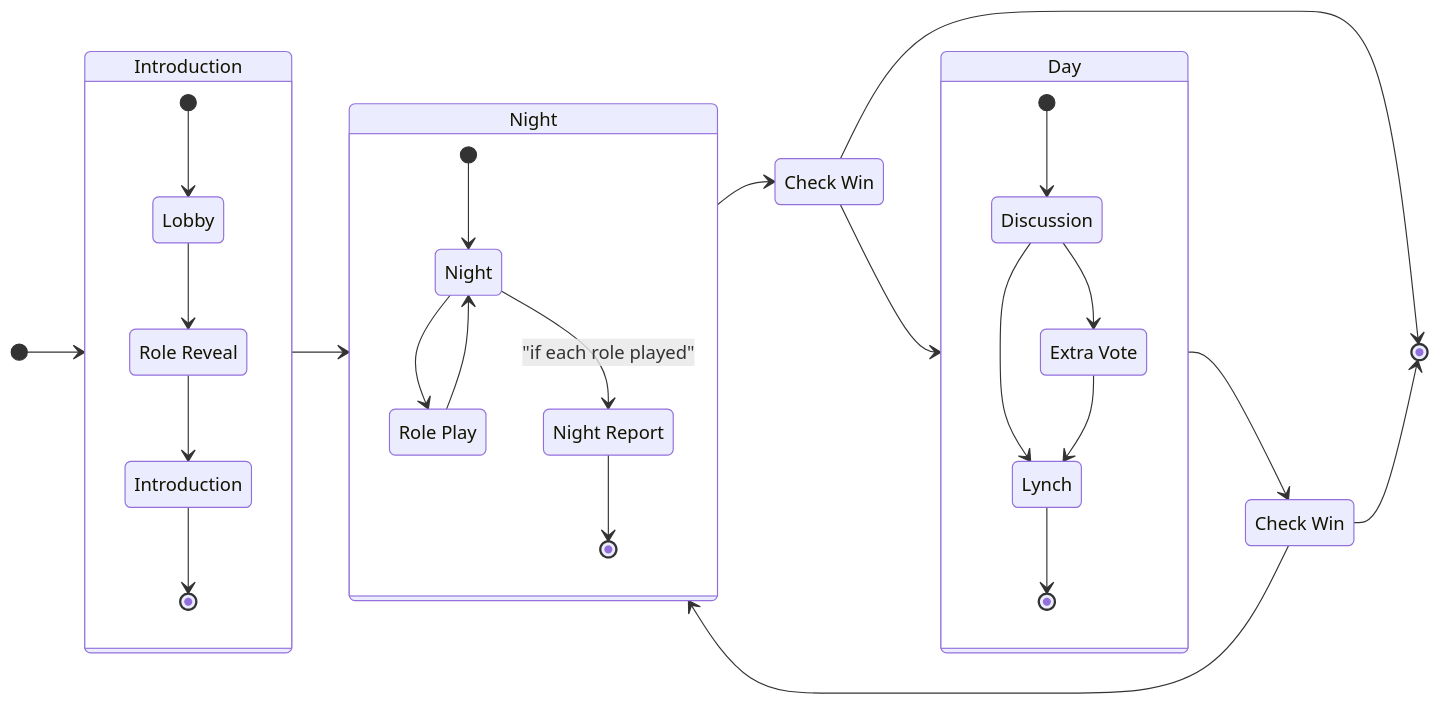
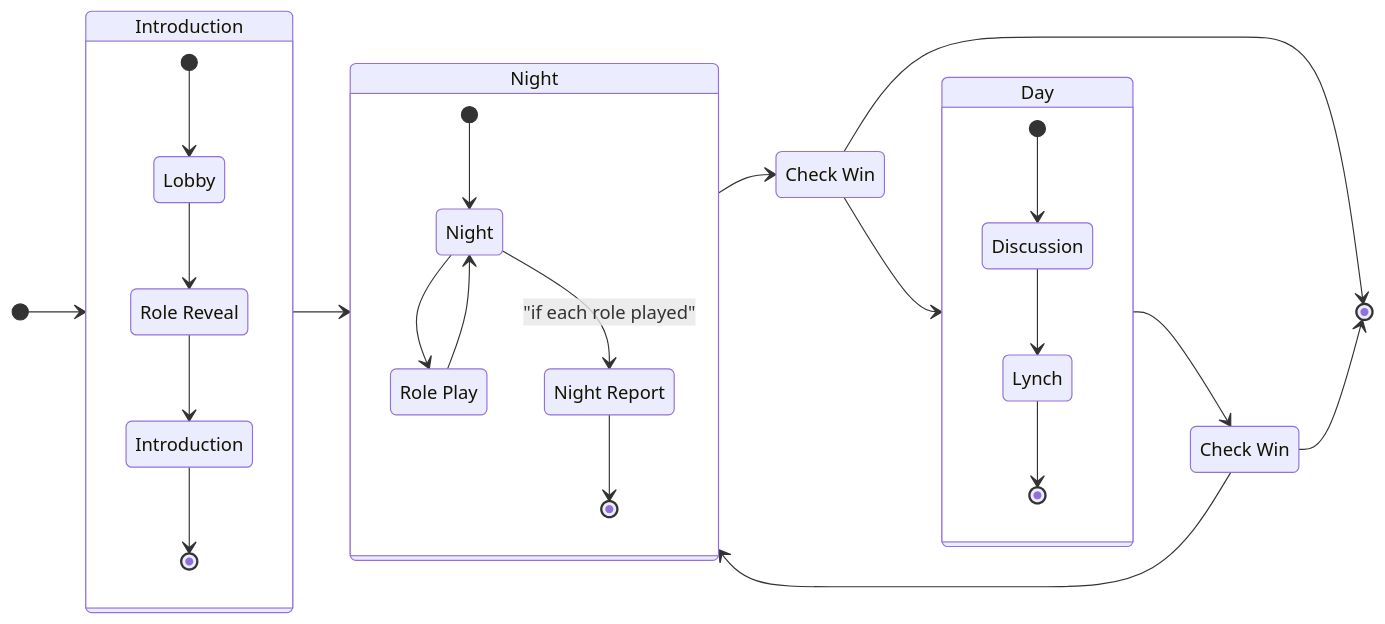
Before and after one commit to rivaPolimi/LLMinFabula: the diagram in Documentation/Diagram/low_level_state_diagram.mmd, drawn with Mermaid. The commit also changed 7 other files, not shown here.

```diff
--- a/Documentation/Diagram/low_level_state_diagram.mmd
+++ b/Documentation/Diagram/low_level_state_diagram.mmd
@@ -1,47 +1,44 @@
 stateDiagram-v2
     direction LR
     state Introduction {
         state "Role Reveal" as role
         state "Introduction" as intro
         [*] --> Lobby
         Lobby --> role
         role --> intro
         intro --> [*]
     }
 
     state Night {
         state "Night" as night
         state "Role Play" as action
         state "Night Report" as report
 
         [*] --> night
         night --> action
         action --> night
         night --> report: "if each role played"
         report --> [*]
     }
 
     state "Check Win" as checkDay
     state "Check Win" as checkNight
 
     state Day {
         state Discussion
-        state "Extra Vote" as eVote
         state Lynch
 
         [*] --> Discussion
-        Discussion --> eVote
         Discussion --> Lynch
-        eVote --> Lynch
         Lynch --> [*]
     }
 
     [*] --> Introduction
     Introduction --> Night
     Night --> checkNight
     Day --> checkDay
     checkNight --> Day
     checkDay --> Night
 
     checkDay --> [*]
     checkNight --> [*]
```
